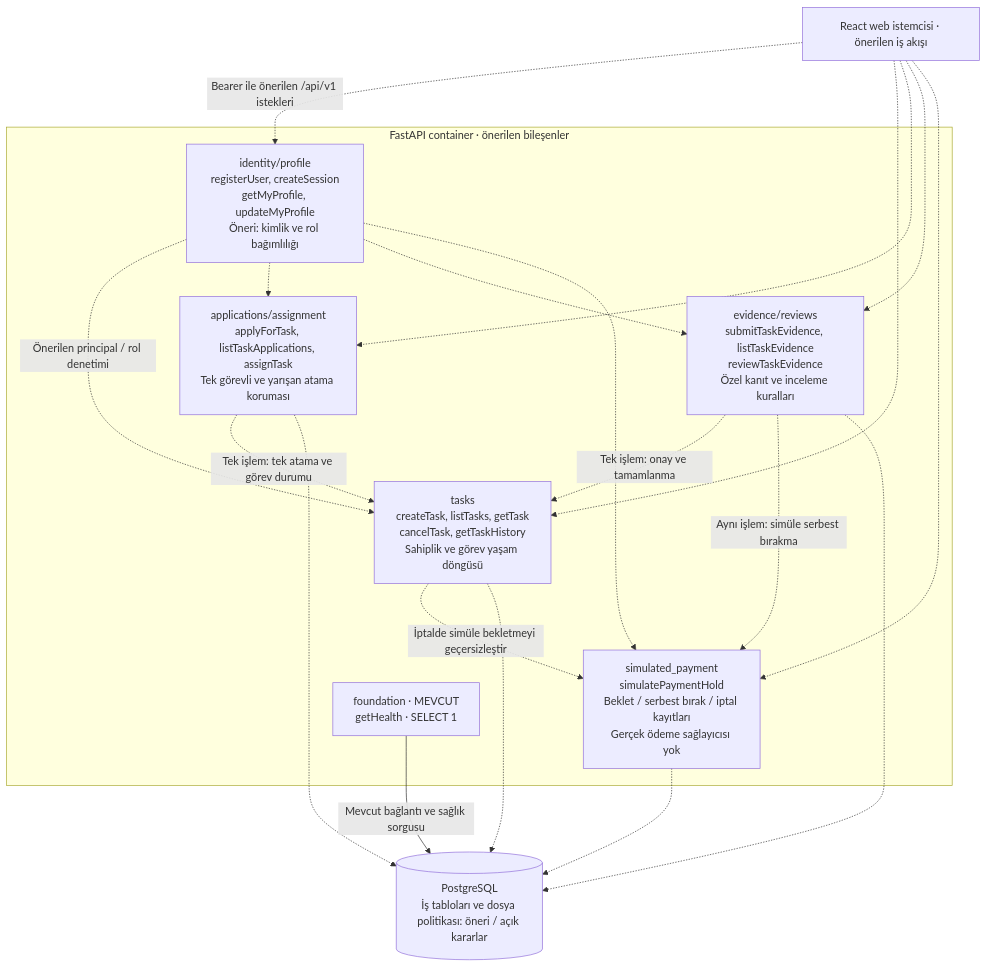
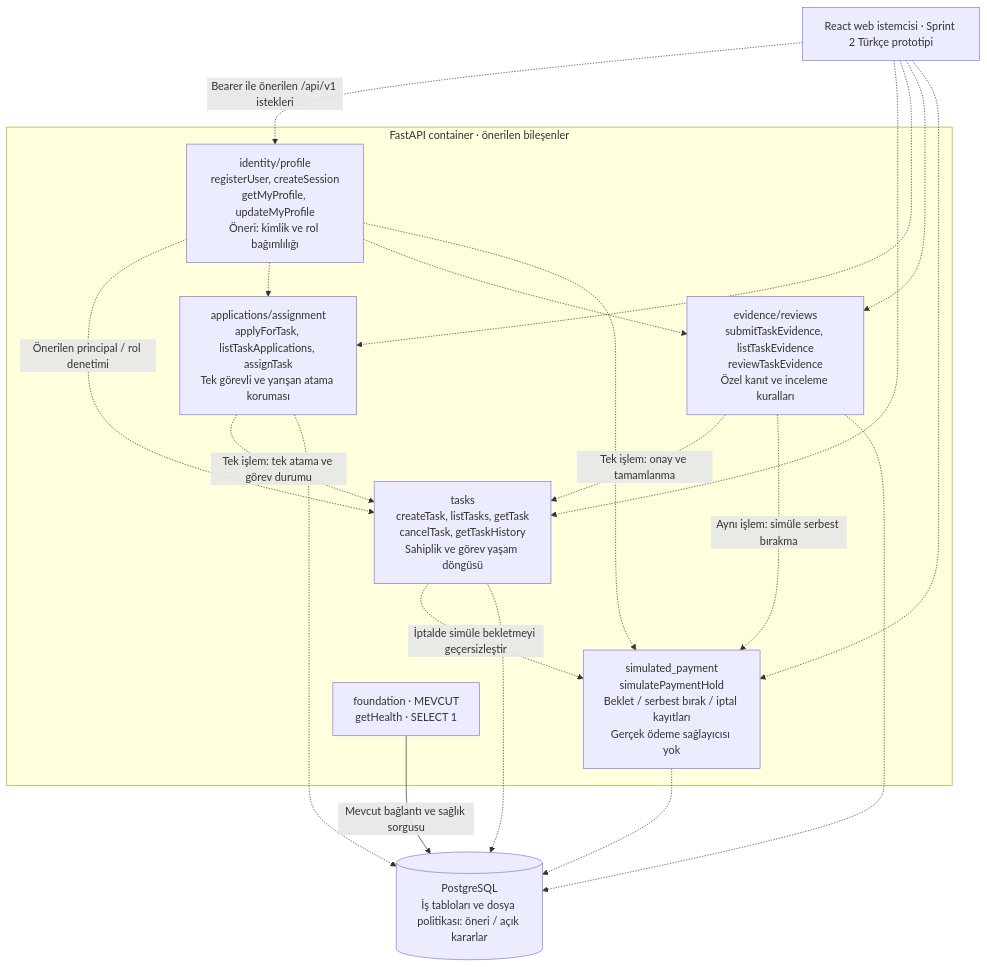
Before and after one commit to ozgurfuruncu/SENG-CuckooApp: the diagram in docs/diagrams/sprint-2/api-components.md, drawn with Mermaid. The commit also changed other lines of this file and 15 other files, not shown here.

Commit message:
Clarify Sprint 2 architecture and verification evidence (refs #20, #27)

````diff
--- a/docs/diagrams/sprint-2/api-components.md
+++ b/docs/diagrams/sprint-2/api-components.md
@@ -7,31 +7,31 @@
 ```mermaid
 flowchart TD
-    Web["React web istemcisi · önerilen iş akışı"]
+    Web["React web istemcisi · Sprint 2 Türkçe prototipi"]
     subgraph API["FastAPI container · önerilen bileşenler"]
         Auth["identity/profile<br/>registerUser, createSession<br/>getMyProfile, updateMyProfile<br/>Öneri: kimlik ve rol bağımlılığı"]
         Tasks["tasks<br/>createTask, listTasks, getTask<br/>cancelTask, getTaskHistory<br/>Sahiplik ve görev yaşam döngüsü"]
         Apps["applications/assignment<br/>applyForTask, listTaskApplications, assignTask<br/>Tek görevli ve yarışan atama koruması"]
         Evidence["evidence/reviews<br/>submitTaskEvidence, listTaskEvidence<br/>reviewTaskEvidence<br/>Özel kanıt ve inceleme kuralları"]
         Payment["simulated_payment<br/>simulatePaymentHold<br/>Beklet / serbest bırak / iptal kayıtları<br/>Gerçek ödeme sağlayıcısı yok"]
         Health["foundation · MEVCUT<br/>getHealth · SELECT 1"]
     end
     DB[("PostgreSQL<br/>İş tabloları ve dosya politikası: öneri / açık kararlar")]
     Web -.->|"Bearer ile önerilen /api/v1 istekleri"| Auth
     Web -.-> Tasks
     Web -.-> Apps
     Web -.-> Evidence
     Web -.-> Payment
     Auth -.->|"Önerilen principal / rol denetimi"| Tasks
     Auth -.-> Apps
     Auth -.-> Evidence
     Auth -.-> Payment
     Apps -.->|"Tek işlem: tek atama ve görev durumu"| Tasks
     Evidence -.->|"Tek işlem: onay ve tamamlanma"| Tasks
     Evidence -.->|"Aynı işlem: simüle serbest bırakma"| Payment
     Tasks -.->|"İptalde simüle bekletmeyi geçersizleştir"| Payment
     Tasks -.-> DB
     Apps -.-> DB
     Evidence -.-> DB
     Payment -.-> DB
     Health -->|"Mevcut bağlantı ve sağlık sorgusu"| DB
 ```
````
